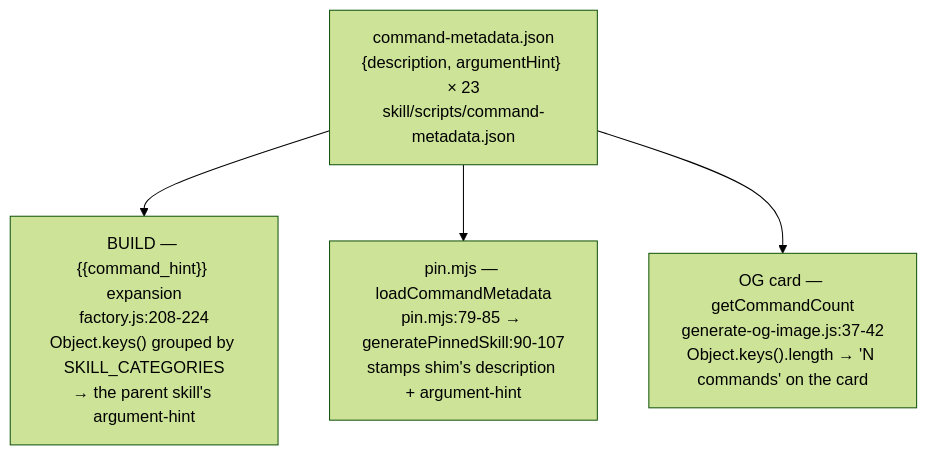
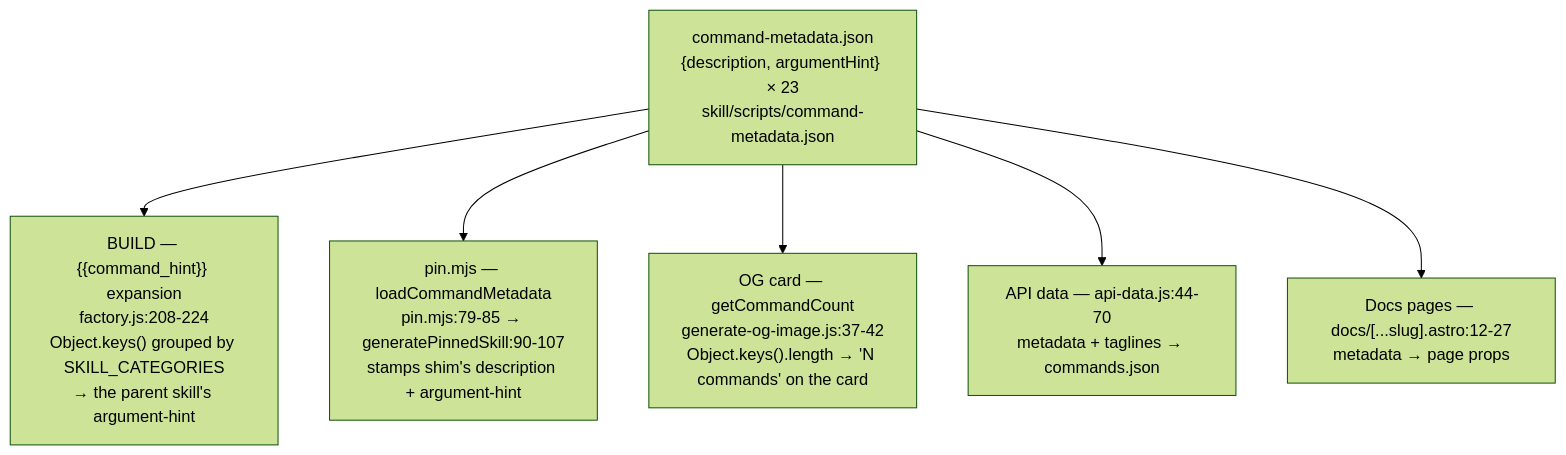
One commit to martinmoradi/yoinkit changed the first of 3 diagrams in audit/impeccable/reports/04-skill-harness/04d-command-metadata-and-pin.md. Above: the diagram before and after it, drawn with Mermaid (forest theme). The commit also changed other lines of this file and 28 other files, not shown here.

````diff
--- a/audit/impeccable/reports/04-skill-harness/04d-command-metadata-and-pin.md
+++ b/audit/impeccable/reports/04-skill-harness/04d-command-metadata-and-pin.md
@@ -92,10 +94,14 @@
 ```mermaid
 flowchart TD
   SRC["command-metadata.json\n{description, argumentHint} × 23\nskill/scripts/command-metadata.json"]
   C1["BUILD — {{command_hint}} expansion\nfactory.js:208-224\nObject.keys() grouped by SKILL_CATEGORIES\n→ the parent skill's argument-hint"]
   C2["pin.mjs — loadCommandMetadata\npin.mjs:79-85 → generatePinnedSkill:90-107\nstamps shim's description + argument-hint"]
   C3["OG card — getCommandCount\ngenerate-og-image.js:37-42\nObject.keys().length → 'N commands' on the card"]
+  C4["API data — api-data.js:44-70\nmetadata + taglines → commands.json"]
+  C5["Docs pages — docs/[...slug].astro:12-27\nmetadata → page props"]
   SRC --> C1
   SRC --> C2
   SRC --> C3
+  SRC --> C4
+  SRC --> C5
 ```
````
